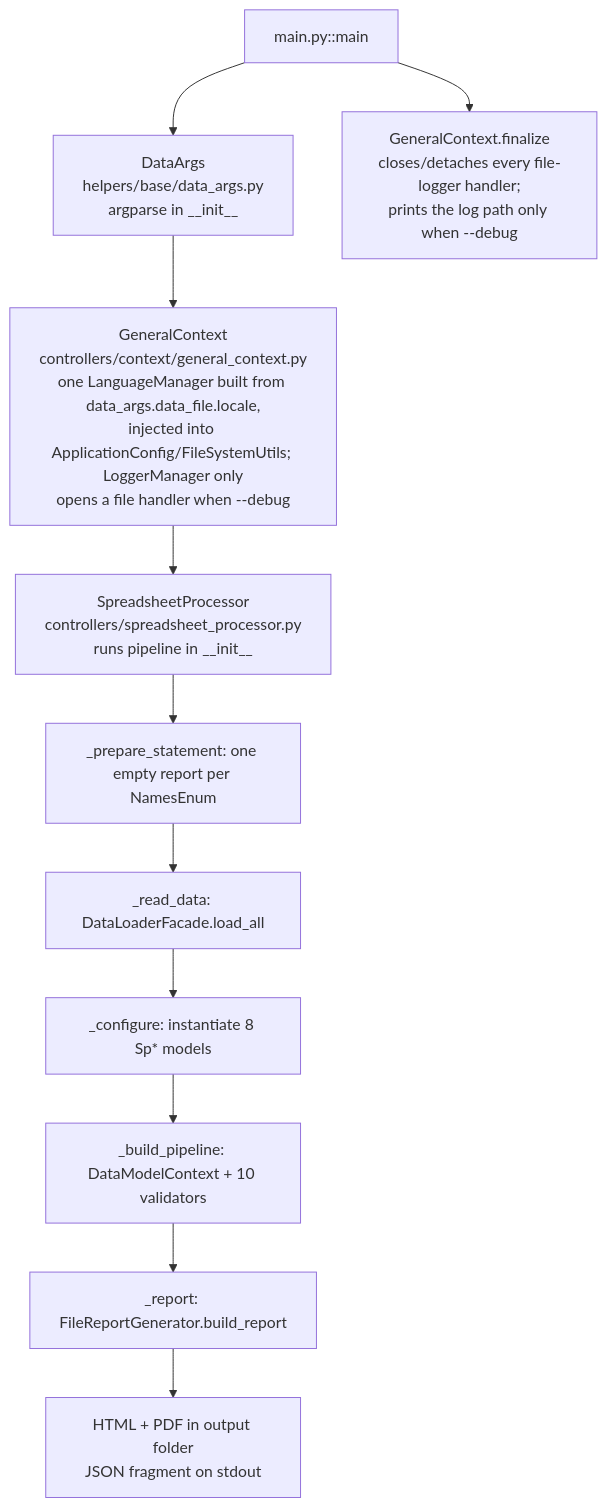
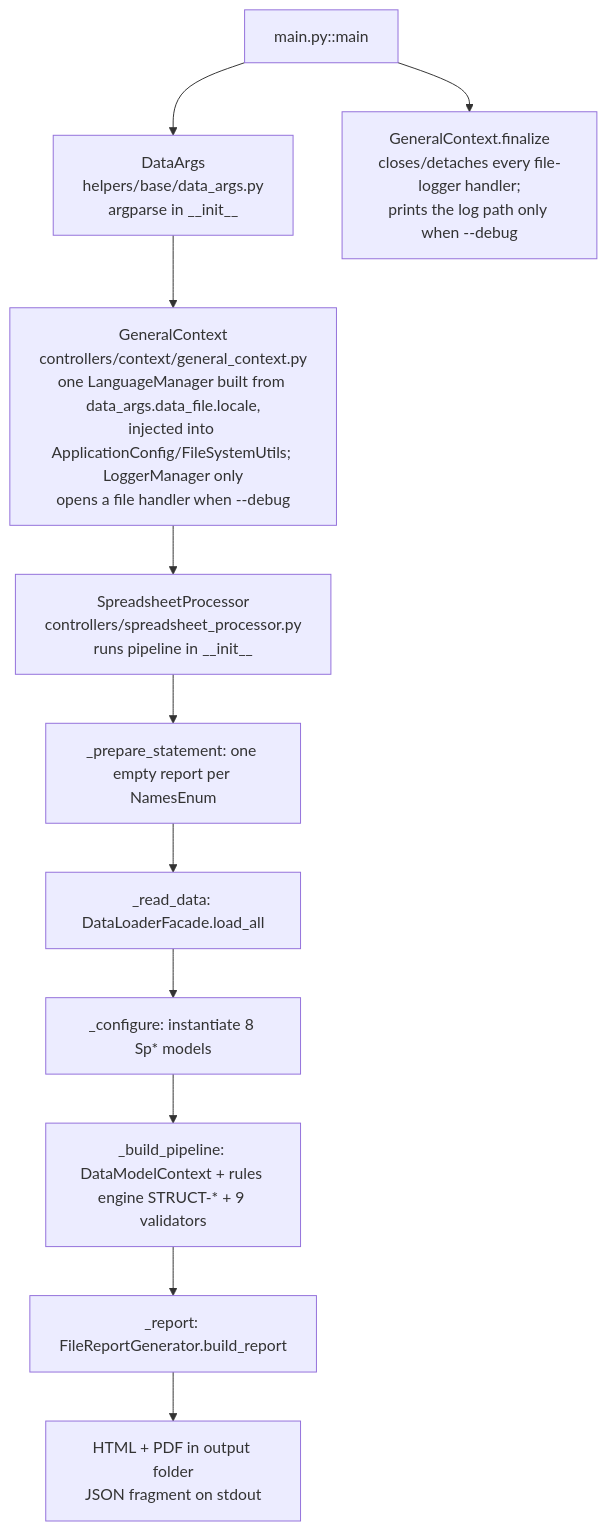
One commit to MarioCarvalhoBr/data_validate changed the first of 2 diagrams in .specs/architecture/current-architecture.md. Above: the diagram before and after it, drawn with Mermaid. The commit also changed other lines of this file and 9 other files, not shown here.

````diff
--- a/.specs/architecture/current-architecture.md
+++ b/.specs/architecture/current-architecture.md
@@ -8,13 +8,13 @@
 ```mermaid
 flowchart TD
   A[main.py::main] --> B[DataArgs<br/>helpers/base/data_args.py<br/>argparse in __init__]
   B --> D[GeneralContext<br/>controllers/context/general_context.py<br/>one LanguageManager built from data_args.data_file.locale,<br/>injected into ApplicationConfig/FileSystemUtils; LoggerManager only<br/>opens a file handler when --debug]
   D --> E[SpreadsheetProcessor<br/>controllers/spreadsheet_processor.py<br/>runs pipeline in __init__]
   E --> E1[_prepare_statement: one empty report per NamesEnum]
   E1 --> E2[_read_data: DataLoaderFacade.load_all]
   E2 --> E3[_configure: instantiate 8 Sp* models]
-  E3 --> E4[_build_pipeline: DataModelContext + 10 validators]
+  E3 --> E4[_build_pipeline: DataModelContext + rules engine STRUCT-* + 9 validators]
   E4 --> E5[_report: FileReportGenerator.build_report]
   E5 --> F[HTML + PDF in output folder<br/>JSON fragment on stdout]
   A --> G[GeneralContext.finalize<br/>closes/detaches every file-logger handler;<br/>prints the log path only when --debug]
 ```
````
